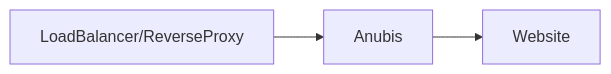
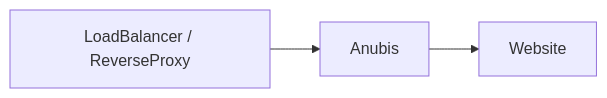
One commit to hiimjack/hiimjack.github.io changed the second of 2 diagrams in src/content/projects/pages/001.it.md. Above: the diagram before and after it, drawn with Mermaid. The commit also changed other lines of this file, not shown here.

```diff
--- a/src/content/projects/pages/001.it.md
+++ b/src/content/projects/pages/001.it.md
@@ -64,5 +64,5 @@
 {{<mermaid>}}
 flowchart LR
-LoadBalancer/ReverseProxy-->Anubis
-Anubis-->Website
+A[LoadBalancer / ReverseProxy] --> B[Anubis]
+B --> C[Website]
 {{</mermaid>}}
```
